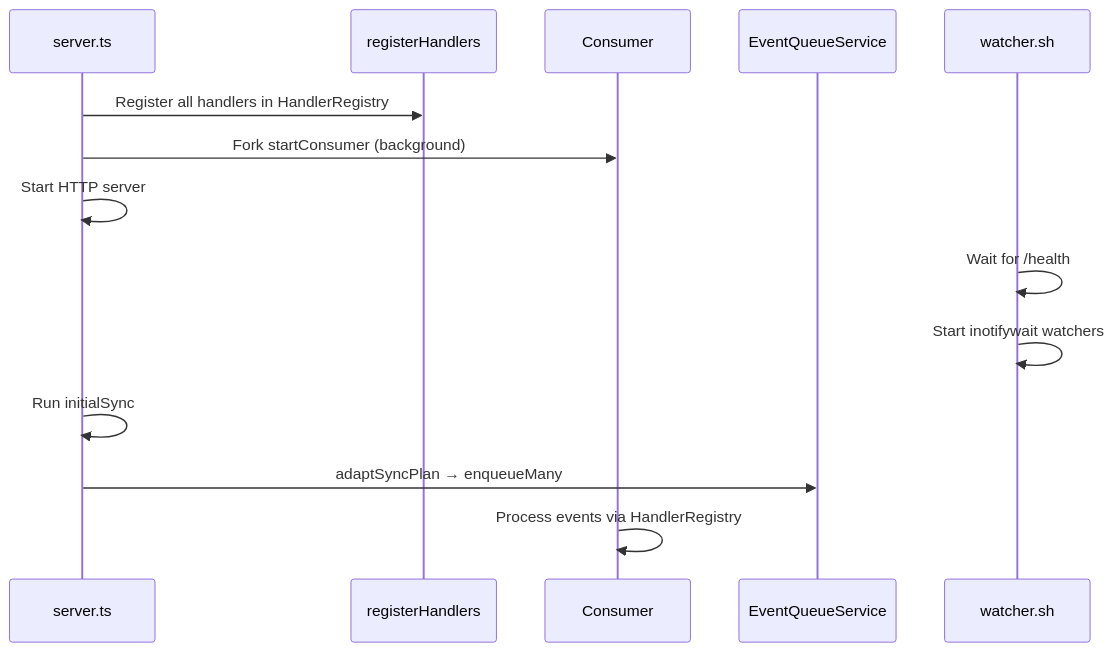
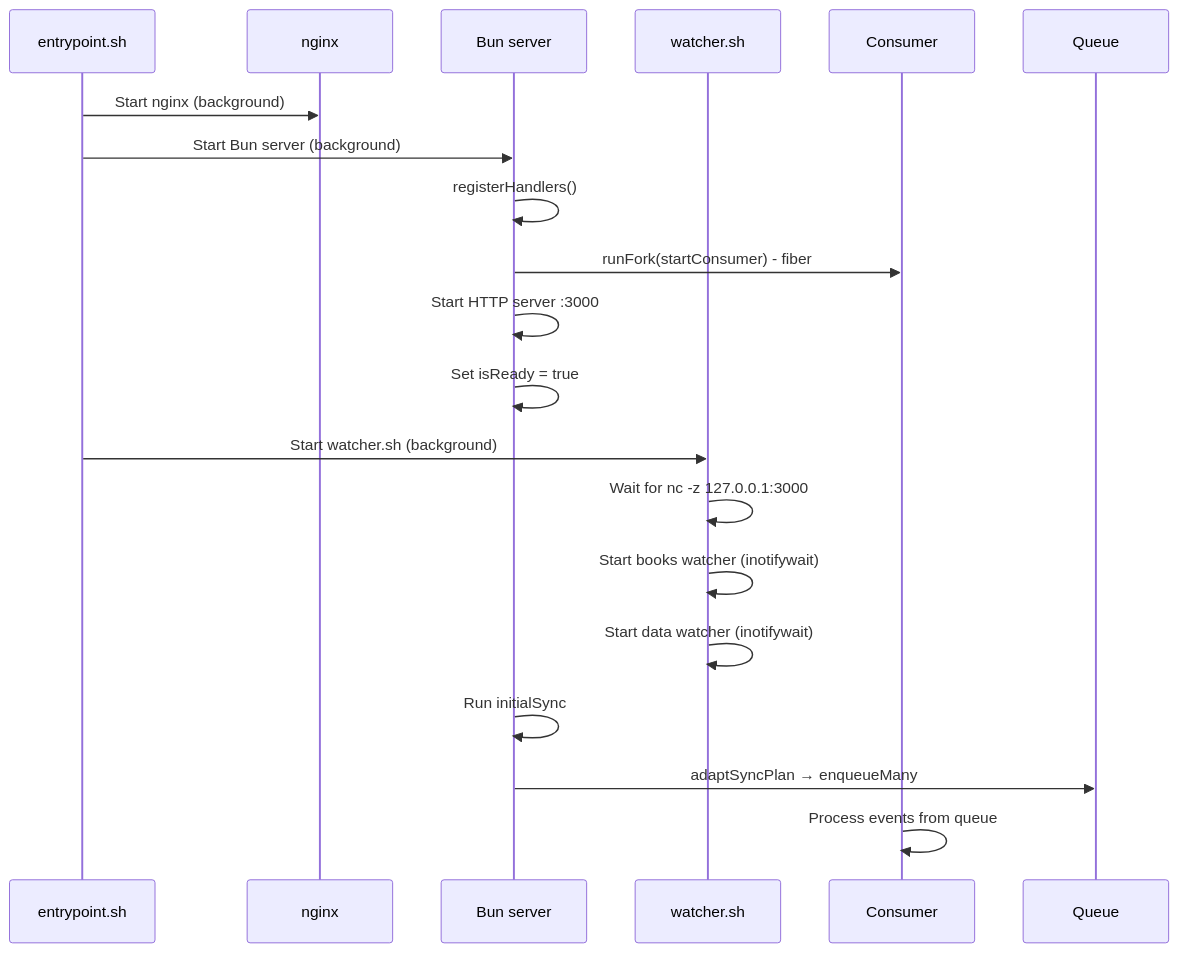
Before and after one commit to Seigiard/opds-generator: the second of 2 diagrams in ARCHITECTURE.md, drawn with Mermaid. The commit also changed other lines of this file and 1 other file, not shown here.

First line of the commit message:
Update architecture documentation with dual watcher system

````diff
--- a/ARCHITECTURE.md
+++ b/ARCHITECTURE.md
@@ -158,17 +275,23 @@
 ```mermaid
 sequenceDiagram
-    participant S as server.ts
-    participant R as registerHandlers
+    participant E as entrypoint.sh
+    participant N as nginx
+    participant B as Bun server
+    participant W as watcher.sh
     participant C as Consumer
-    participant Q as EventQueueService
-    participant W as watcher.sh
+    participant Q as Queue
 
-    S->>R: Register all handlers in HandlerRegistry
-    S->>C: Fork startConsumer (background)
-    S->>S: Start HTTP server
-    W->>W: Wait for /health
-    W->>W: Start inotifywait watchers
-    S->>S: Run initialSync
-    S->>Q: adaptSyncPlan → enqueueMany
-    C->>C: Process events via HandlerRegistry
+    E->>N: Start nginx (background)
+    E->>B: Start Bun server (background)
+    B->>B: registerHandlers()
+    B->>C: runFork(startConsumer) - fiber
+    B->>B: Start HTTP server :3000
+    B->>B: Set isReady = true
+    E->>W: Start watcher.sh (background)
+    W->>W: Wait for nc -z 127.0.0.1:3000
+    W->>W: Start books watcher (inotifywait)
+    W->>W: Start data watcher (inotifywait)
+    B->>B: Run initialSync
+    B->>Q: adaptSyncPlan → enqueueMany
+    C->>C: Process events from queue
 ```
````
